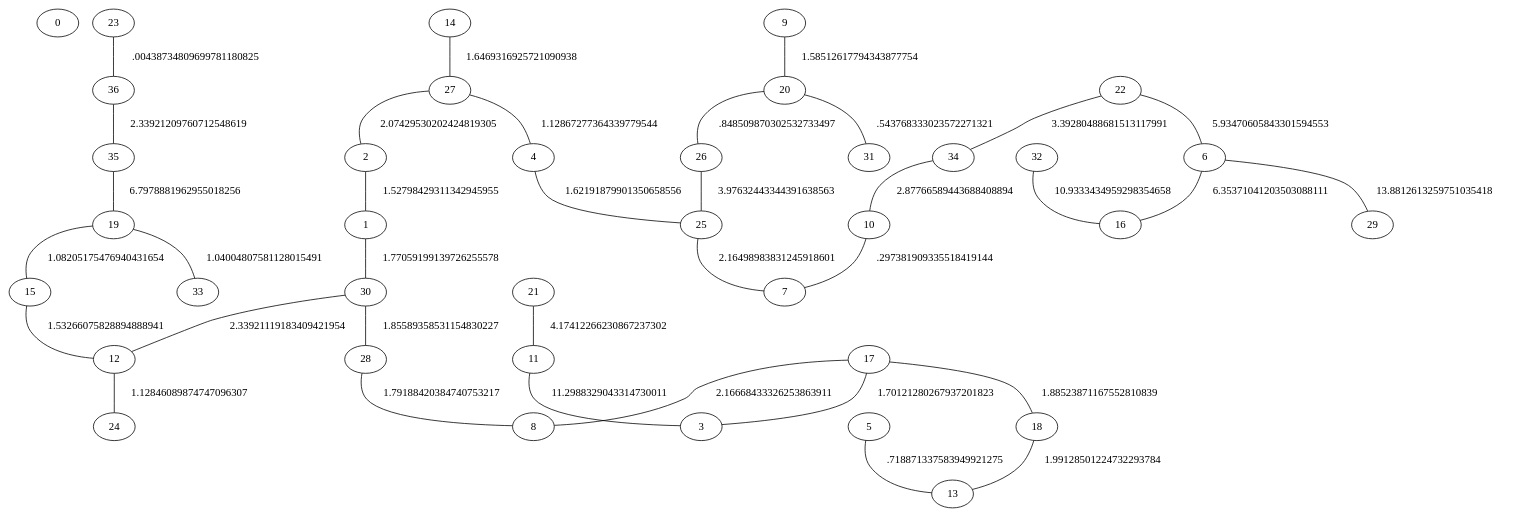
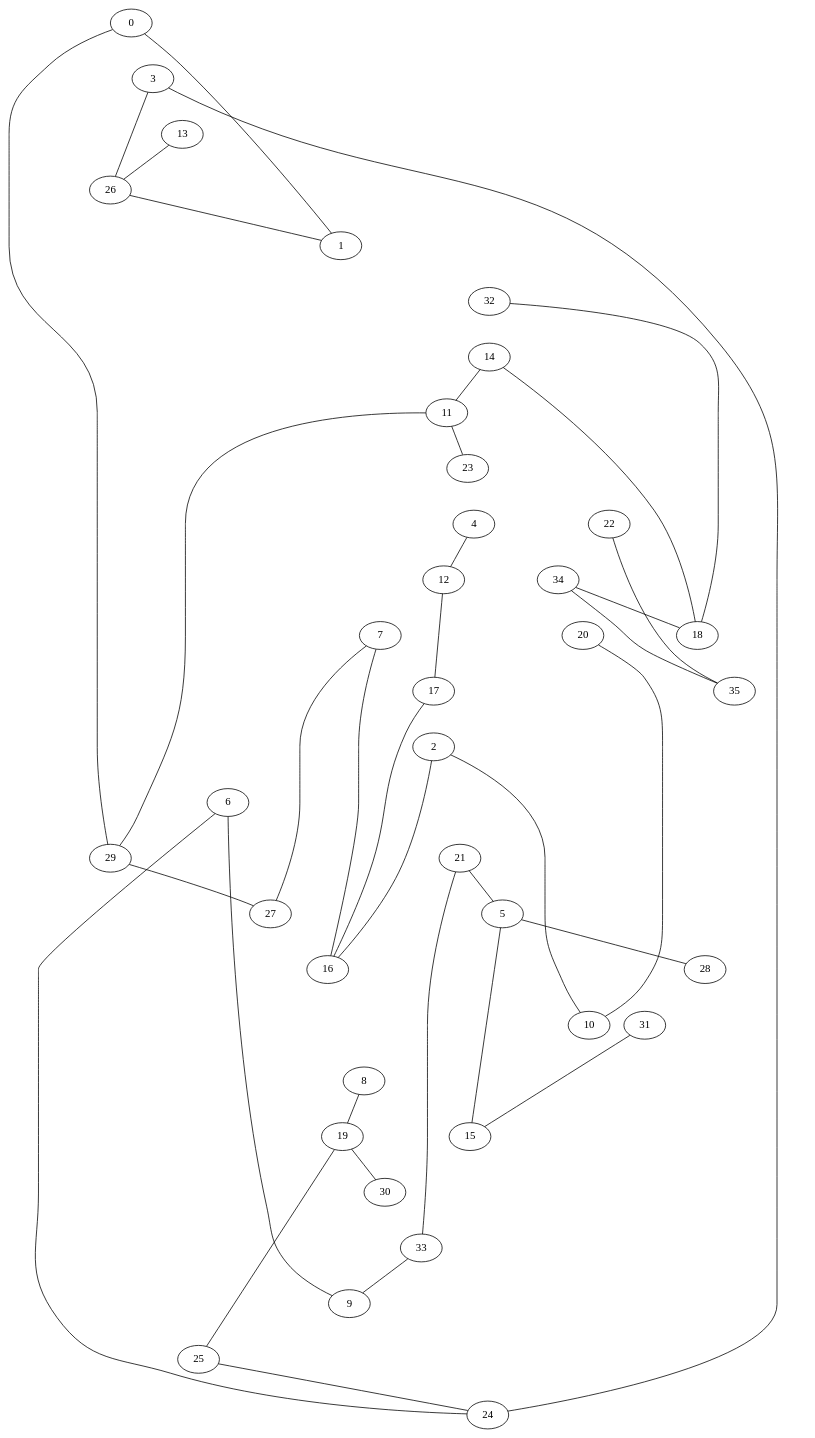
The diagram in report/fig/kruskal_02_DONI22009_mst.dot (TiagoJustino/graph_mst), drawn with Graphviz before and after one commit.

Commit message:
edge color.

```diff
--- a/report/fig/kruskal_02_DONI22009_mst.dot
+++ b/report/fig/kruskal_02_DONI22009_mst.dot
@@ -1,73 +1,136 @@
 graph {
 "0" [pos="549.417000,9585.760000"]
 "1" [pos="549.261000,9587.280000"]
 "2" [pos="547.205000,9578.730000"]
 "3" [pos="552.326964,9587.096289"]
 "4" [pos="541.955000,9581.600000"]
 "5" [pos="556.324000,9572.150000"]
 "6" [pos="553.938000,9583.690000"]
 "7" [pos="545.631000,9582.040000"]
 "8" [pos="558.161000,9587.920000"]
 "9" [pos="554.182000,9583.520000"]
 "10" [pos="542.650000,9568.390000"]
 "11" [pos="546.156000,9586.540000"]
 "12" [pos="542.481000,9581.110000"]
 "13" [pos="550.784000,9589.150000"]
 "14" [pos="545.049000,9587.600000"]
 "15" [pos="562.580000,9573.260000"]
 "16" [pos="545.970000,9579.900000"]
 "17" [pos="544.085000,9579.930000"]
 "18" [pos="544.343000,9588.420000"]
 "19" [pos="557.226000,9586.640000"]
 "20" [pos="539.180000,9566.070000"]
 "21" [pos="555.268000,9577.990000"]
 "22" [pos="535.704860,9588.784830"]
 "23" [pos="545.188000,9585.960000"]
 "24" [pos="552.847000,9585.560000"]
 "25" [pos="556.513000,9587.100000"]
 "26" [pos="551.312000,9587.590000"]
 "27" [pos="546.774000,9583.420000"]
 "28" [pos="558.078000,9558.380000"]
 "29" [pos="547.853000,9584.930000"]
 "30" [pos="557.698000,9586.370000"]
 "31" [pos="570.860000,9566.120000"]
 "32" [pos="545.103000,9589.130000"]
 "33" [pos="556.013000,9581.300000"]
 "34" [pos="537.617343,9587.431655"]
 "35" [pos="535.709247,9588.784830"]
-"23" -- "36" [label=".00438734809699781180825"]
-"10" -- "7" [label=".297381909335518419144"]
-"20" -- "31" [label=".543768333023572271321"]
-"5" -- "13" [label=".718871337583949921275"]
-"20" -- "26" [label=".848509870302532733497"]
-"19" -- "33" [label="1.04004807581128015491"]
-"19" -- "15" [label="1.08205175476940431654"]
-"12" -- "24" [label="1.12846089874747096307"]
-"27" -- "4" [label="1.12867277364339779544"]
-"2" -- "1" [label="1.52798429311342945955"]
-"15" -- "12" [label="1.53266075828894888941"]
-"9" -- "20" [label="1.58512617794343877754"]
-"4" -- "25" [label="1.62191879901350658556"]
-"14" -- "27" [label="1.6469316925721090938"]
-"17" -- "3" [label="1.70121280267937201823"]
-"1" -- "30" [label="1.77059199139726255578"]
-"28" -- "8" [label="1.79188420384740753217"]
-"30" -- "28" [label="1.85589358531154830227"]
-"17" -- "18" [label="1.88523871167552810839"]
-"18" -- "13" [label="1.99128501224732293784"]
-"27" -- "2" [label="2.07429530202424819305"]
-"25" -- "7" [label="2.16498983831245918601"]
-"17" -- "8" [label="2.16668433326253863911"]
-"30" -- "12" [label="2.33921119183409421954"]
-"36" -- "35" [label="2.33921209760712548619"]
-"34" -- "10" [label="2.87766589443688408894"]
-"22" -- "34" [label="3.39280488681513117991"]
-"26" -- "25" [label="3.97632443344391638563"]
-"21" -- "11" [label="4.17412266230867237302"]
-"22" -- "6" [label="5.93470605843301594553"]
-"6" -- "16" [label="6.35371041203503088111"]
-"35" -- "19" [label="6.7978881962955018256"]
-"32" -- "16" [label="10.9333434959298354658"]
-"11" -- "3" [label="11.2988329043314730011"]
-"6" -- "29" [label="13.8812613259751035418"]
+"22" -- "35" //[label=".00438734809699781180825"]
+"9" -- "6" //[label=".297381909335518419144"]
+"19" -- "30" //[label=".543768333023572271321"]
+"4" -- "12" //[label=".718871337583949921275"]
+"19" -- "25" //[label=".848509870302532733497"]
+"18" -- "32" //[label="1.04004807581128015491"]
+"18" -- "14" //[label="1.08205175476940431654"]
+"11" -- "23" //[label="1.12846089874747096307"]
+"26" -- "3" //[label="1.12867277364339779544"]
+"1" -- "0" //[label="1.52798429311342945955"]
+"14" -- "11" //[label="1.53266075828894888941"]
+"8" -- "19" //[label="1.58512617794343877754"]
+"3" -- "24" //[label="1.62191879901350658556"]
+"13" -- "26" //[label="1.6469316925721090938"]
+"16" -- "2" //[label="1.70121280267937201823"]
+"0" -- "29" //[label="1.77059199139726255578"]
+"27" -- "7" //[label="1.79188420384740753217"]
+"29" -- "27" //[label="1.85589358531154830227"]
+"16" -- "17" //[label="1.88523871167552810839"]
+"17" -- "12" //[label="1.99128501224732293784"]
+"26" -- "1" //[label="2.07429530202424819305"]
+"24" -- "6" //[label="2.16498983831245918601"]
+"16" -- "7" //[label="2.16668433326253863911"]
+"29" -- "11" //[label="2.33921119183409421954"]
+"35" -- "34" //[label="2.33921209760712548619"]
+"33" -- "9" //[label="2.87766589443688408894"]
+"21" -- "33" //[label="3.39280488681513117991"]
+"25" -- "24" //[label="3.97632443344391638563"]
+"20" -- "10" //[label="4.17412266230867237302"]
+"21" -- "5" //[label="5.93470605843301594553"]
+"5" -- "15" //[label="6.35371041203503088111"]
+"34" -- "18" //[label="6.7978881962955018256"]
+"31" -- "15" //[label="10.9333434959298354658"]
+"10" -- "2" //[label="11.2988329043314730011"]
+"5" -- "28" //[label="13.8812613259751035418"]
+"10" -- "4" [color="transparent"]
+"4" -- "20" [color="transparent"]
+"20" -- "28" [color="transparent"]
+"28" -- "10" [color="transparent"]
+"12" -- "7" [color="transparent"]
+"7" -- "4" [color="transparent"]
+"10" -- "12" [color="transparent"]
+"10" -- "17" [color="transparent"]
+"4" -- "34" [color="transparent"]
+"34" -- "20" [color="transparent"]
+"2" -- "27" [color="transparent"]
+"27" -- "16" [color="transparent"]
+"17" -- "2" [color="transparent"]
+"7" -- "17" [color="transparent"]
+"7" -- "23" [color="transparent"]
+"23" -- "4" [color="transparent"]
+"27" -- "6" [color="transparent"]
+"6" -- "29" [color="transparent"]
+"10" -- "5" [color="transparent"]
+"5" -- "2" [color="transparent"]
+"27" -- "23" [color="transparent"]
+"18" -- "35" [color="transparent"]
+"34" -- "23" [color="transparent"]
+"23" -- "18" [color="transparent"]
+"35" -- "32" [color="transparent"]
+"32" -- "22" [color="transparent"]
+"22" -- "34" [color="transparent"]
+"22" -- "20" [color="transparent"]
+"23" -- "29" [color="transparent"]
+"11" -- "32" [color="transparent"]
+"32" -- "14" [color="transparent"]
+"14" -- "23" [color="transparent"]
+"1" -- "32" [color="transparent"]
+"11" -- "1" [color="transparent"]
+"29" -- "1" [color="transparent"]
+"2" -- "6" [color="transparent"]
+"9" -- "21" [color="transparent"]
+"6" -- "21" [color="transparent"]
+"6" -- "25" [color="transparent"]
+"6" -- "0" [color="transparent"]
+"9" -- "25" [color="transparent"]
+"2" -- "21" [color="transparent"]
+"28" -- "31" [color="transparent"]
+"15" -- "28" [color="transparent"]
+"21" -- "15" [color="transparent"]
+"15" -- "33" [color="transparent"]
+"30" -- "33" [color="transparent"]
+"15" -- "30" [color="transparent"]
+"30" -- "9" [color="transparent"]
+"24" -- "0" [color="transparent"]
+"31" -- "8" [color="transparent"]
+"8" -- "15" [color="transparent"]
+"0" -- "26" [color="transparent"]
+"3" -- "13" [color="transparent"]
+"13" -- "1" [color="transparent"]
+"0" -- "3" [color="transparent"]
+"13" -- "32" [color="transparent"]
+"30" -- "8" [color="transparent"]
+"9" -- "19" [color="transparent"]
+"25" -- "8" [color="transparent"]
+"8" -- "13" [color="transparent"]
+"13" -- "25" [color="transparent"]
+"25" -- "3" [color="transparent"]
 }
```
